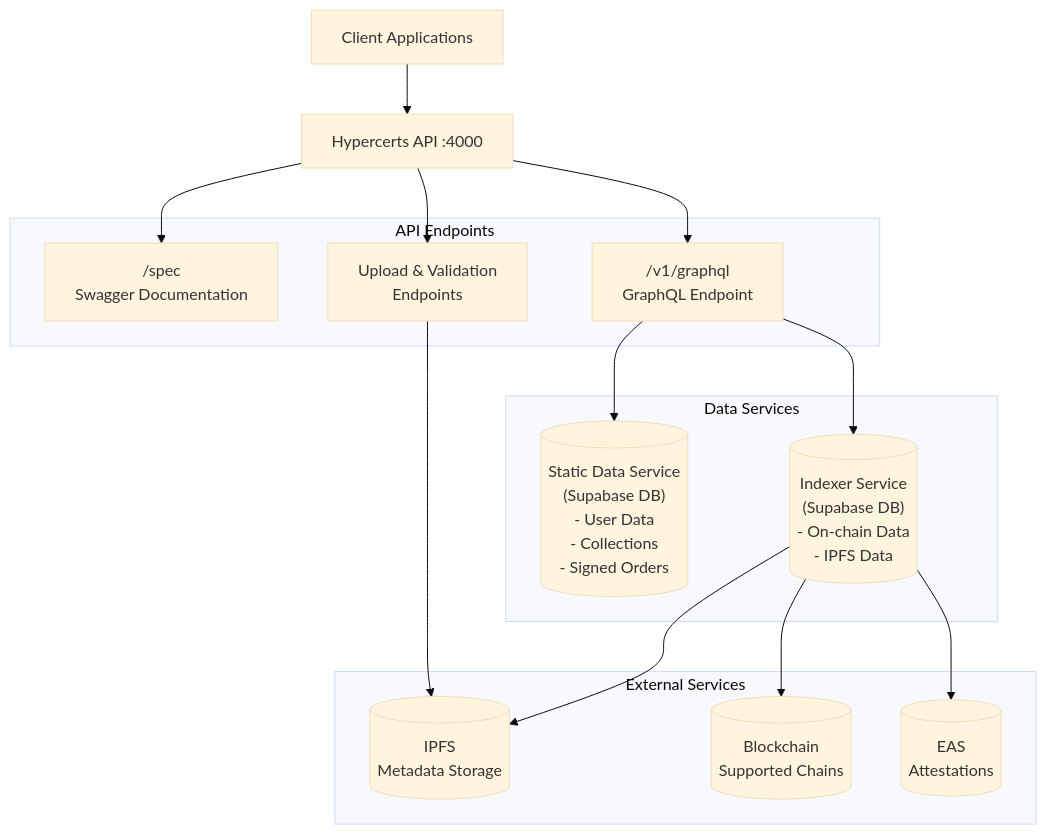
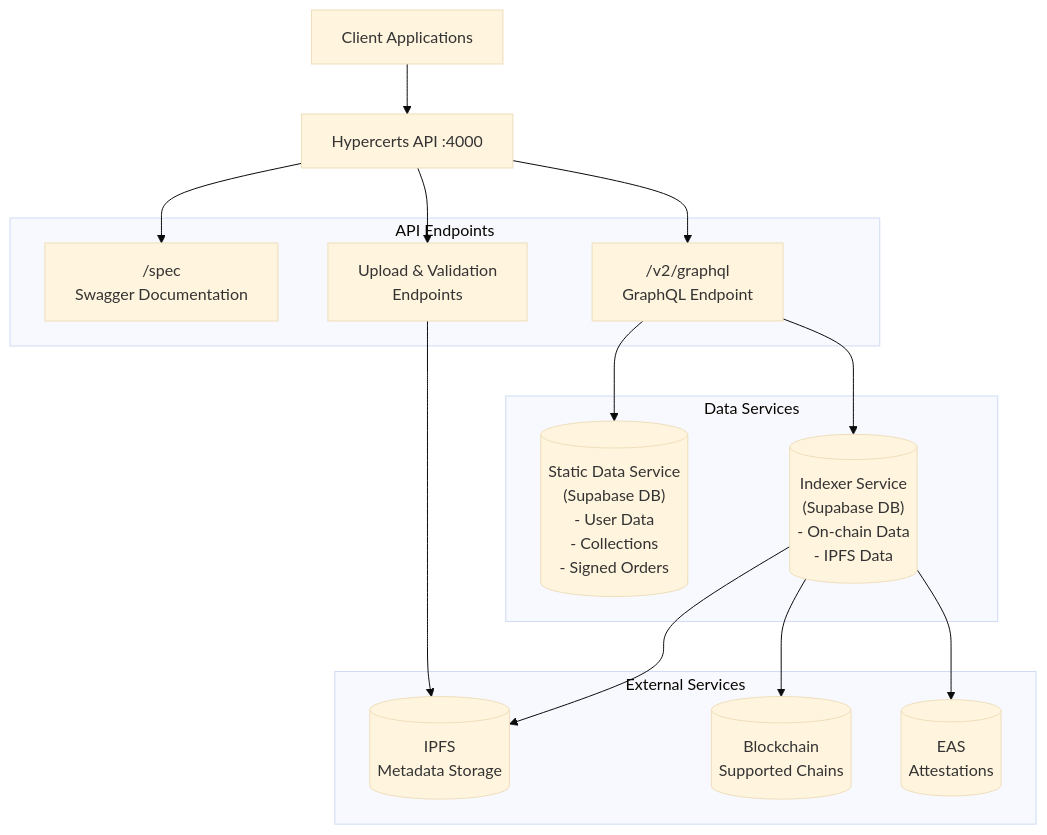
The diagram in README.md (hypercerts-org/hypercerts-api), drawn with Mermaid (base theme) before and after one commit. The commit also changed other lines of this file and 16 other files, not shown here.

````diff
--- a/README.md
+++ b/README.md
@@ -85,39 +85,39 @@
 ```mermaid
 graph TB
     Client[Client Applications]
     API[Hypercerts API :4000]
-    
+
     subgraph "API Endpoints"
         Swagger["/spec\nSwagger Documentation"]
-        GraphQL["/v1/graphql\nGraphQL Endpoint"]
+        GraphQL["/v2/graphql\nGraphQL Endpoint"]
         Upload["Upload & Validation\nEndpoints"]
     end
-    
+
     subgraph "Data Services"
         Static[("Static Data Service\n(Supabase DB)\n- User Data\n- Collections\n- Signed Orders")]
         Indexer[("Indexer Service\n(Supabase DB)\n- On-chain Data\n- IPFS Data")]
     end
-    
+
     subgraph "External Services"
         IPFS[(IPFS\nMetadata Storage)]
         Blockchain[(Blockchain\nSupported Chains)]
         EAS[(EAS\nAttestations)]
     end
-    
+
     Client --> API
     API --> Swagger
     API --> GraphQL
     API --> Upload
-    
+
     GraphQL --> Static
     GraphQL --> Indexer
     Upload --> IPFS
-    
+
     Indexer --> Blockchain
     Indexer --> IPFS
     Indexer --> EAS
-    
+
     class Swagger,GraphQL,Upload apiEndpoint;
     class Static,Indexer database;
     class IPFS,Blockchain,EAS external;
 ```
````
